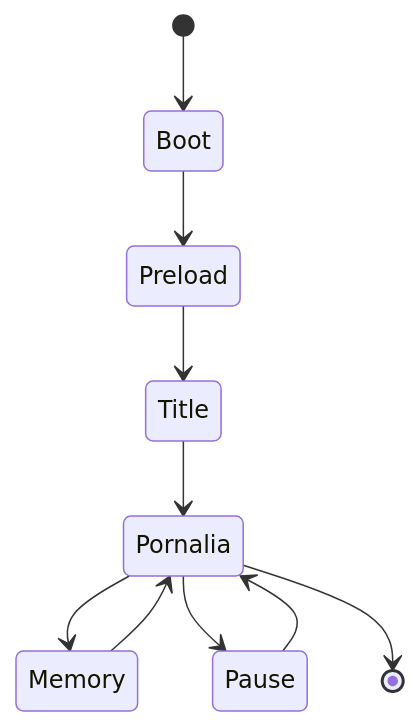
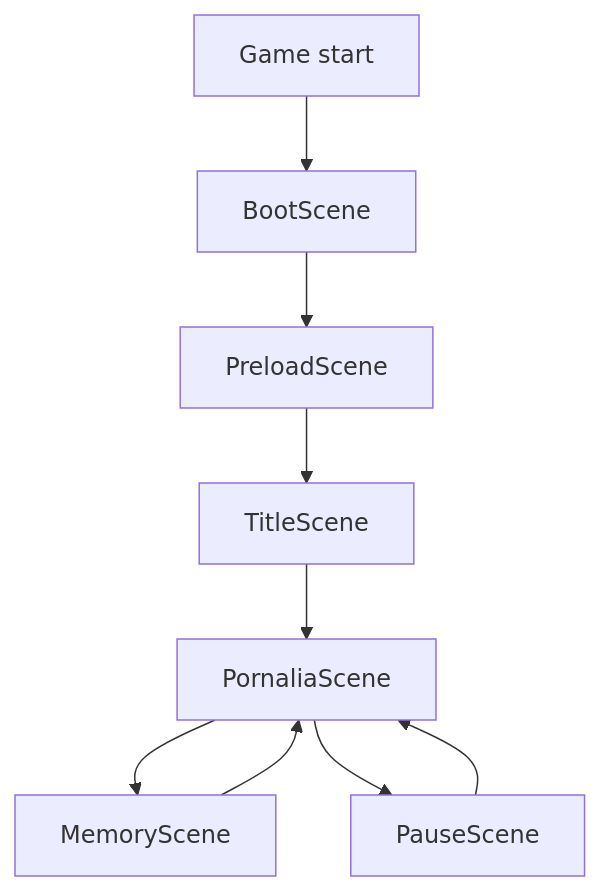
The second of 5 diagrams in README.md (altairrojas/the-legend-of-comira), drawn with Mermaid before and after one commit. The commit also changed other lines of this file, not shown here.

Commit message:
docs: fix Mermaid rendering and Cova naming

````diff
--- a/README.md
+++ b/README.md
@@ -161,12 +71,11 @@
 ```mermaid
-stateDiagram-v2
-    [*] --> Boot
-    Boot --> Preload
-    Preload --> Title
-    Title --> Pornalia
-    Pornalia --> Memory
-    Memory --> Pornalia
-    Pornalia --> Pause
-    Pause --> Pornalia
-    Pornalia --> [*]
+graph TD;
+    Start["Game start"] --> Boot["BootScene"];
+    Boot --> Preload["PreloadScene"];
+    Preload --> Title["TitleScene"];
+    Title --> Pornalia["PornaliaScene"];
+    Pornalia --> Memory["MemoryScene"];
+    Memory --> Pornalia;
+    Pornalia --> Pause["PauseScene"];
+    Pause --> Pornalia;
 ```
````
